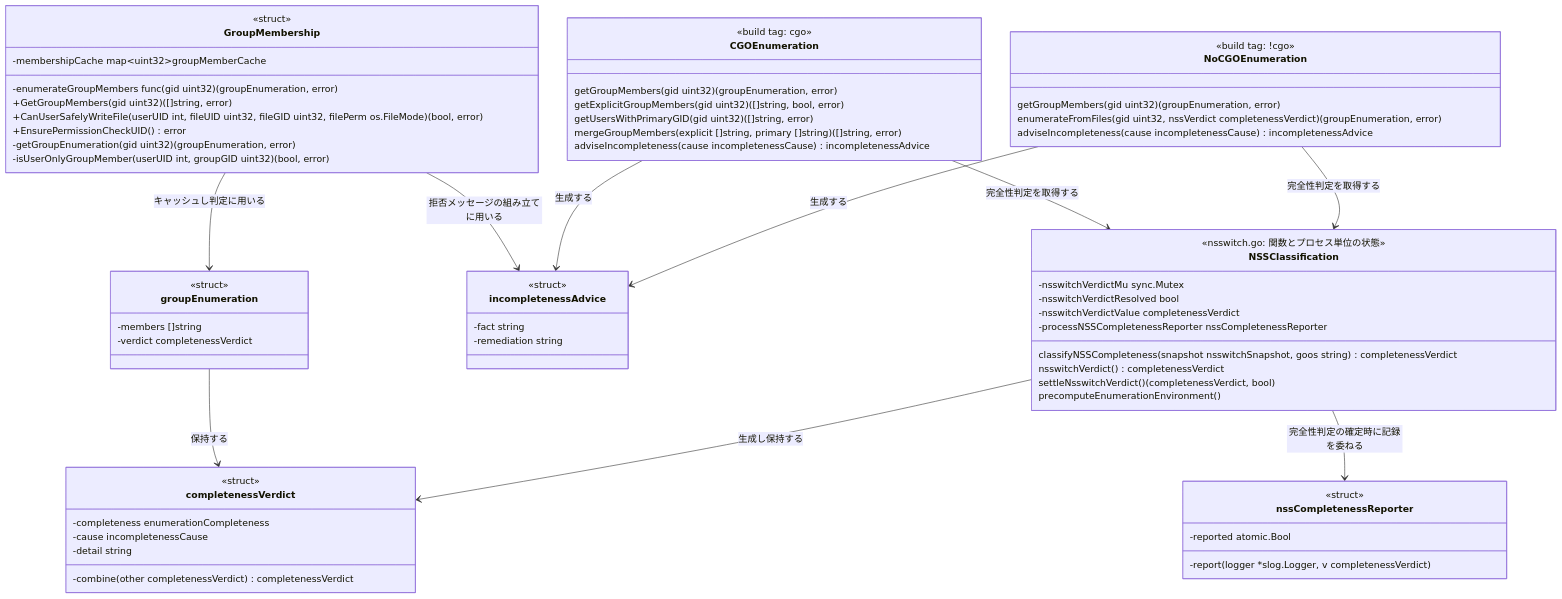
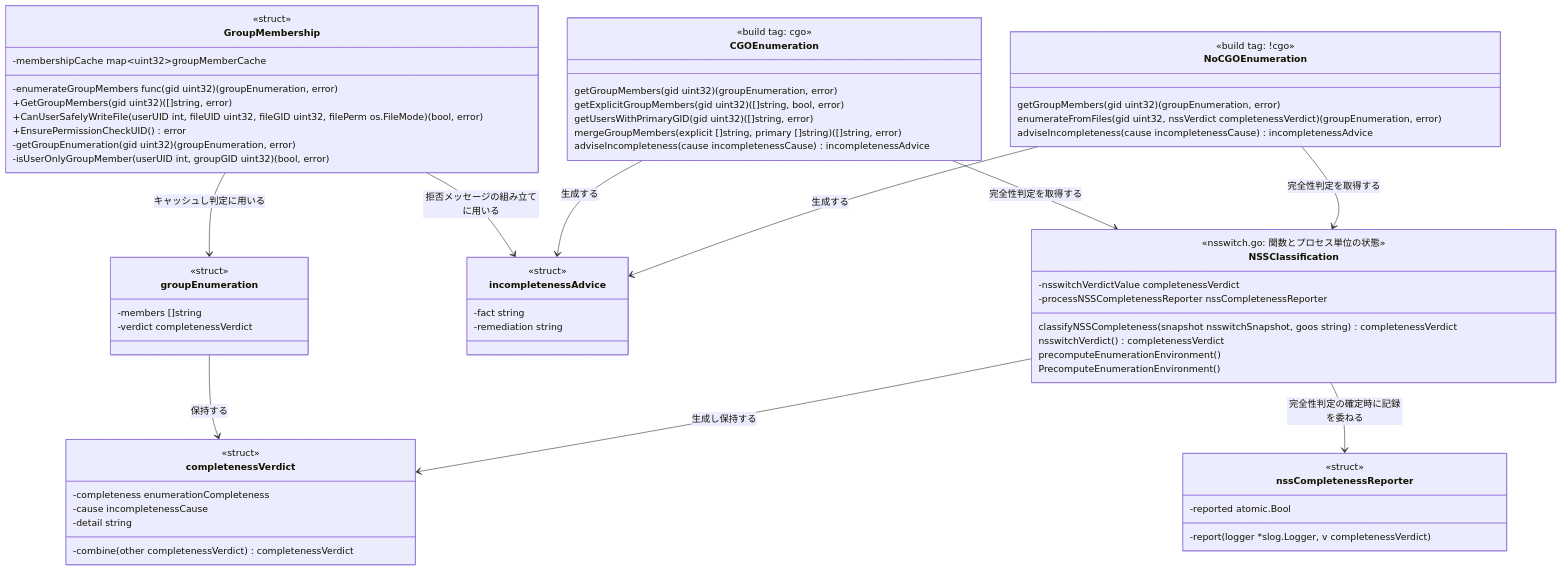
Before and after one commit to isseis/go-safe-cmd-runner: the fourth of 7 diagrams in docs/tasks/0169_groupmembership_cgo_enumeration_completeness/02_architecture.md, drawn with Mermaid. The commit also changed other lines of this file and 8 other files, not shown here.

````diff
--- a/docs/tasks/0169_groupmembership_cgo_enumeration_completeness/02_architecture.md
+++ b/docs/tasks/0169_groupmembership_cgo_enumeration_completeness/02_architecture.md
@@ -415,77 +415,75 @@
 ```mermaid
 classDiagram
     class GroupMembership {
         <<struct>>
         -membershipCache map~uint32~groupMemberCache
         -enumerateGroupMembers func(gid uint32) (groupEnumeration, error)
         +GetGroupMembers(gid uint32) ([]string, error)
         +CanUserSafelyWriteFile(userUID int, fileUID uint32, fileGID uint32, filePerm os.FileMode) (bool, error)
         +EnsurePermissionCheckUID() error
         -getGroupEnumeration(gid uint32) (groupEnumeration, error)
         -isUserOnlyGroupMember(userUID int, groupGID uint32) (bool, error)
     }
 
     class groupEnumeration {
         <<struct>>
         -members []string
         -verdict completenessVerdict
     }
 
     class completenessVerdict {
         <<struct>>
         -completeness enumerationCompleteness
         -cause incompletenessCause
         -detail string
         -combine(other completenessVerdict) completenessVerdict
     }
 
     class incompletenessAdvice {
         <<struct>>
         -fact string
         -remediation string
     }
 
     class nssCompletenessReporter {
         <<struct>>
         -reported atomic.Bool
         -report(logger *slog.Logger, v completenessVerdict)
     }
 
     class NSSClassification {
         <<nsswitch.go: 関数とプロセス単位の状態>>
-        -nsswitchVerdictMu sync.Mutex
-        -nsswitchVerdictResolved bool
         -nsswitchVerdictValue completenessVerdict
         -processNSSCompletenessReporter nssCompletenessReporter
         classifyNSSCompleteness(snapshot nsswitchSnapshot, goos string) completenessVerdict
         nsswitchVerdict() completenessVerdict
-        settleNsswitchVerdict() (completenessVerdict, bool)
         precomputeEnumerationEnvironment()
+        PrecomputeEnumerationEnvironment()
     }
 
     class CGOEnumeration {
         <<build tag: cgo>>
         getGroupMembers(gid uint32) (groupEnumeration, error)
         getExplicitGroupMembers(gid uint32) ([]string, bool, error)
         getUsersWithPrimaryGID(gid uint32) ([]string, error)
         mergeGroupMembers(explicit []string, primary []string) ([]string, error)
         adviseIncompleteness(cause incompletenessCause) incompletenessAdvice
     }
 
     class NoCGOEnumeration {
         <<build tag: !cgo>>
         getGroupMembers(gid uint32) (groupEnumeration, error)
         enumerateFromFiles(gid uint32, nssVerdict completenessVerdict) (groupEnumeration, error)
         adviseIncompleteness(cause incompletenessCause) incompletenessAdvice
     }
 
     GroupMembership --> groupEnumeration : キャッシュし判定に用いる
     groupEnumeration --> completenessVerdict : 保持する
     GroupMembership --> incompletenessAdvice : 拒否メッセージの組み立てに用いる
     NSSClassification --> completenessVerdict : 生成し保持する
     NSSClassification --> nssCompletenessReporter : 完全性判定の確定時に記録を委ねる
     CGOEnumeration --> NSSClassification : 完全性判定を取得する
     NoCGOEnumeration --> NSSClassification : 完全性判定を取得する
     CGOEnumeration --> incompletenessAdvice : 生成する
     NoCGOEnumeration --> incompletenessAdvice : 生成する
 ```
````
